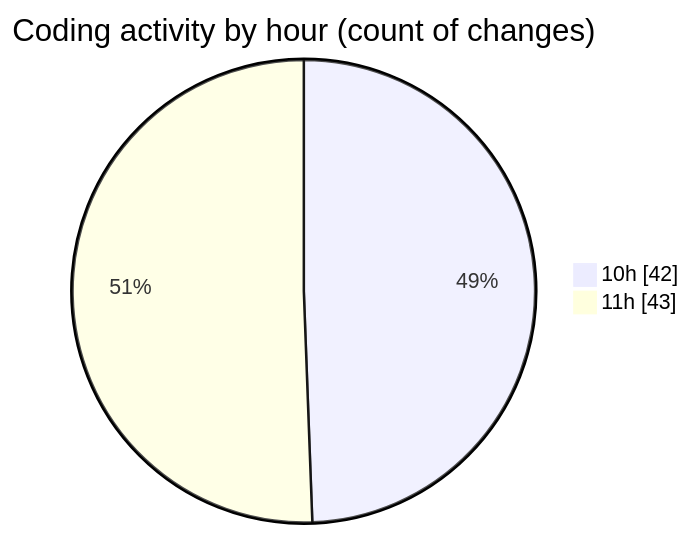
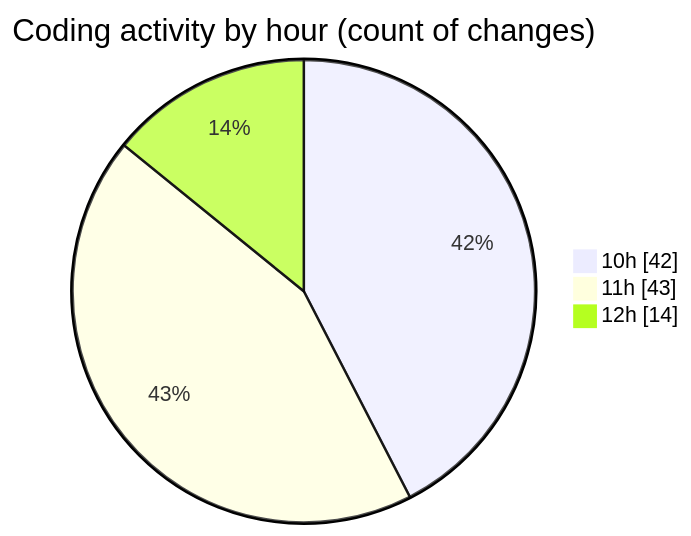
The second of 2 diagrams in 2025-05-15/ecodeli-1/README.md (CELIANVF/code-tracking), drawn with Mermaid before and after one commit. The commit also changed other lines of this file and 1 other file, not shown here.

````diff
--- a/2025-05-15/ecodeli-1/README.md
+++ b/2025-05-15/ecodeli-1/README.md
@@ -57,6 +58,7 @@
 ```mermaid
 pie showData
 title Coding activity by hour (count of changes)
 "10h" : 42
 "11h" : 43
+"12h" : 14
 ```
````
